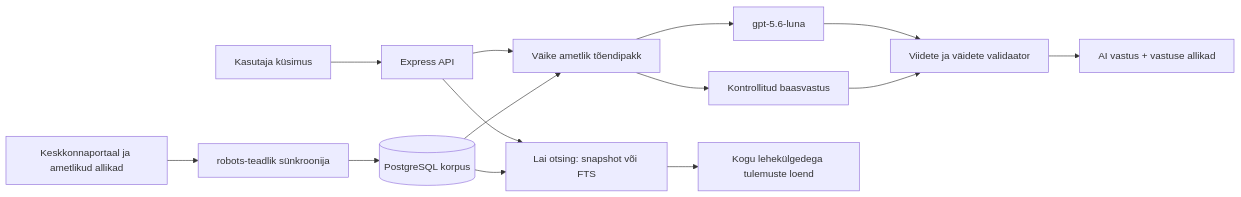
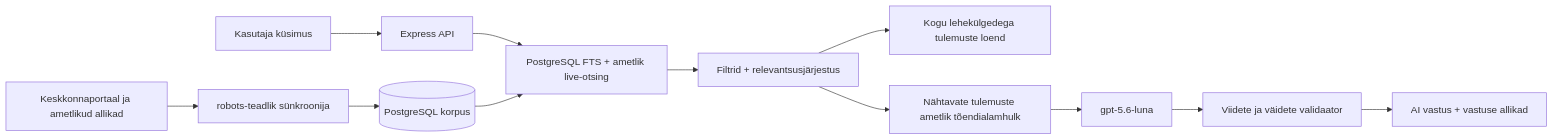
One commit to AARenor/keskkonnaportaali-praktika changed the diagram in docs/ARHITEKTUUR.md. Above: the diagram before and after it, drawn with Mermaid. The commit also changed other lines of this file and 23 other files, not shown here.

````diff
--- a/docs/ARHITEKTUUR.md
+++ b/docs/ARHITEKTUUR.md
@@ -27,16 +25,14 @@
 ```mermaid
 flowchart LR
   P[Keskkonnaportaal ja ametlikud allikad] --> C[robots-teadlik sünkroonija]
   C --> D[(PostgreSQL korpus)]
   U[Kasutaja küsimus] --> A[Express API]
-  A --> B[Lai otsing: snapshot või FTS]
+  A --> B[PostgreSQL FTS + ametlik live-otsing]
   D --> B
-  A --> E[Väike ametlik tõendipakk]
-  D --> E
-  E --> L[gpt-5.6-luna]
-  E --> F[Kontrollitud baasvastus]
+  B --> E[Filtrid + relevantsusjärjestus]
+  E --> O[Kogu lehekülgedega tulemuste loend]
+  E --> T[Nähtavate tulemuste ametlik tõendialamhulk]
+  T --> L[gpt-5.6-luna]
   L --> V[Viidete ja väidete validaator]
-  F --> V
   V --> R[AI vastus + vastuse allikad]
-  B --> O[Kogu lehekülgedega tulemuste loend]
 ```
````
